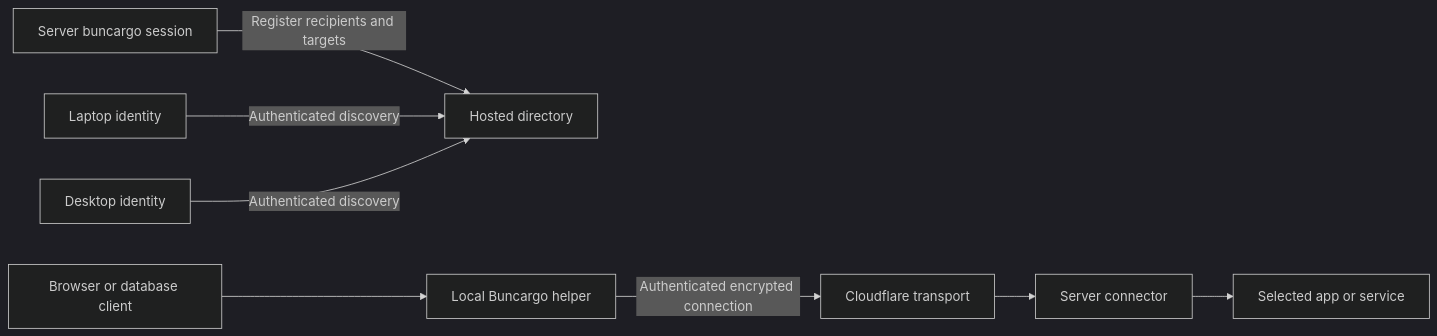
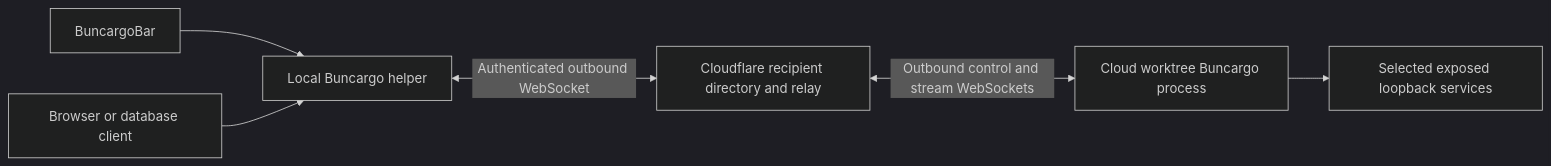
Before and after one commit to HansKristoffer/buncargo: the diagram in docs/cloud-connect-plan.md, drawn with Mermaid (dark theme). The commit also changed other lines of this file and 11 other files, not shown here.

````diff
--- a/docs/cloud-connect-plan.md
+++ b/docs/cloud-connect-plan.md
@@ -79,10 +24,8 @@
 ```mermaid
 flowchart LR
-    S[Server buncargo session] -->|Register recipients and targets| D[Hosted directory]
-    L[Laptop identity] -->|Authenticated discovery| D
-    M[Desktop identity] -->|Authenticated discovery| D
-    C[Browser or database client] --> H[Local Buncargo helper]
-    H -->|Authenticated encrypted connection| F[Cloudflare transport]
-    F --> G[Server connector]
-    G --> A[Selected app or service]
+    M[BuncargoBar] --> H[Local Buncargo helper]
+    B[Browser or database client] --> H
+    H <-->|Authenticated outbound WebSocket| R[Cloudflare recipient directory and relay]
+    R <-->|Outbound control and stream WebSockets| P[Cloud worktree Buncargo process]
+    P --> A[Selected exposed loopback services]
 ```
````
